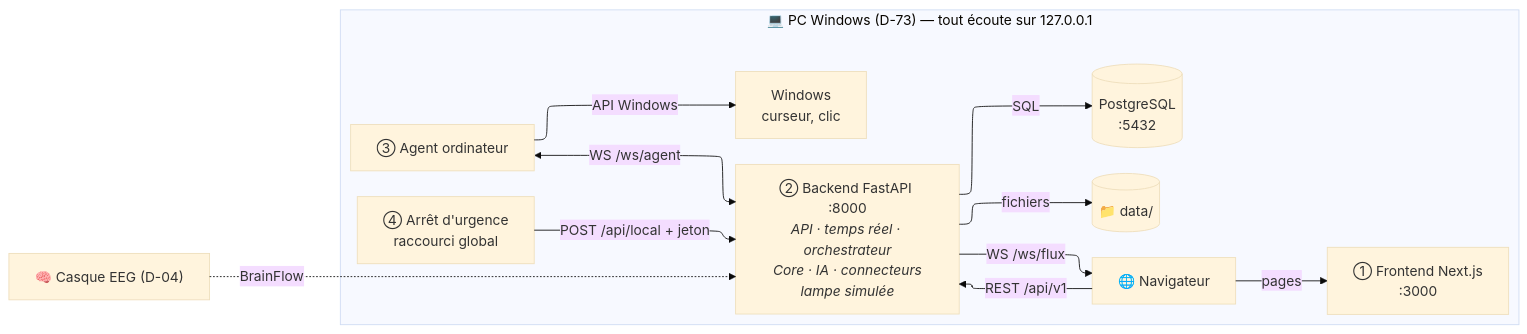
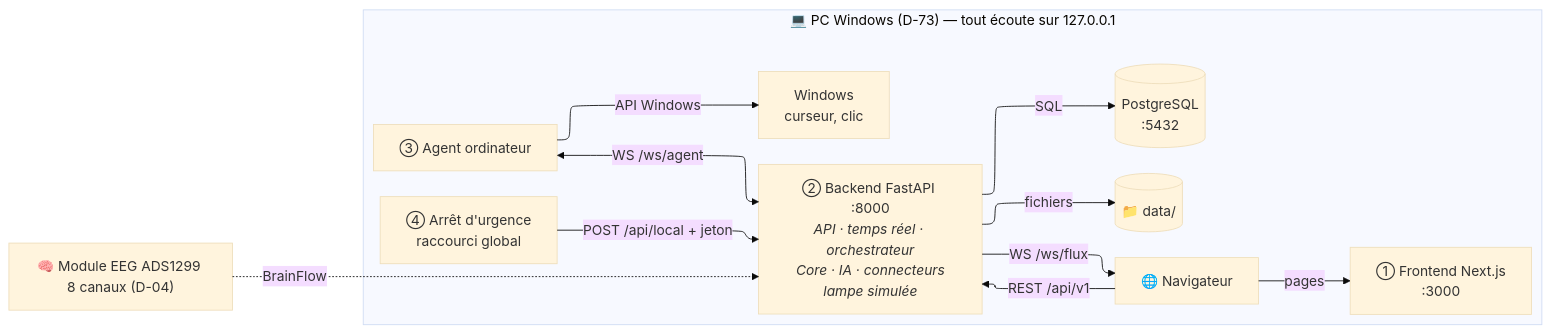
One commit to eloge9/CortexOS-IA changed the first of 2 diagrams in docs/07-architecture-technique.md. Above: the diagram before and after it, drawn with Mermaid (base theme). The commit also changed other lines of this file and 11 other files, not shown here.

Commit message:
docs: DIAG-1 à DIAG-8 validés (D-103), DIAG-7 et DIAG-8 en v1.0, casque ADS1299 (D-04), P1 à P8 validées (D-101)

````diff
--- a/docs/07-architecture-technique.md
+++ b/docs/07-architecture-technique.md
@@ -31,27 +31,27 @@
 ```mermaid
 ---
 config:
   layout: elk
 ---
 flowchart LR
-    CASQUE["🧠 Casque EEG (D-04)"]
+    CASQUE["🧠 Module EEG ADS1299 8 canaux (D-04)"]
     subgraph PC["💻 PC Windows (D-73) — tout écoute sur 127.0.0.1"]
         NAV["🌐 Navigateur"]
         WEB["① Frontend Next.js<br/>:3000"]
         AU["④ Arrêt d'urgence<br/>raccourci global"]
         AG["③ Agent ordinateur"]
         API["② Backend FastAPI :8000<br/><i>API · temps réel · orchestrateur<br/>Core · IA · connecteurs<br/>lampe simulée</i>"]
         DB[("PostgreSQL<br/>:5432")]
         FS[("📁 data/")]
         OS["Windows<br/>curseur, clic"]
     end
     NAV -->|"pages"| WEB
     NAV -->|"REST /api/v1"| API
     API -->|"WS /ws/flux"| NAV
     AU -->|"POST /api/local + jeton"| API
     AG <-->|"WS /ws/agent"| API
     AG -->|"API Windows"| OS
     API -->|"SQL"| DB
     API -->|"fichiers"| FS
     CASQUE -.->|"BrainFlow"| API
 ```
````
